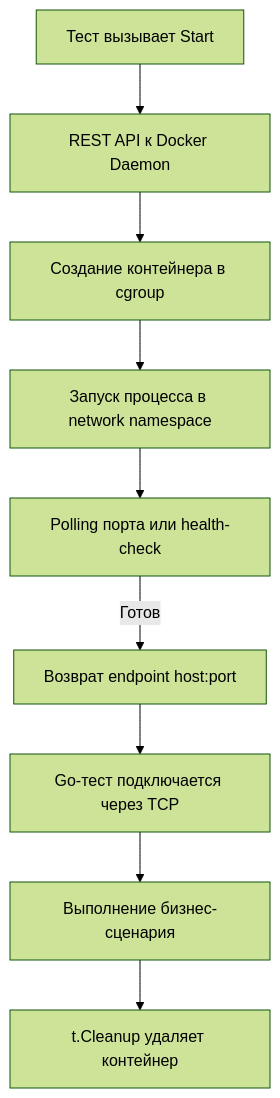
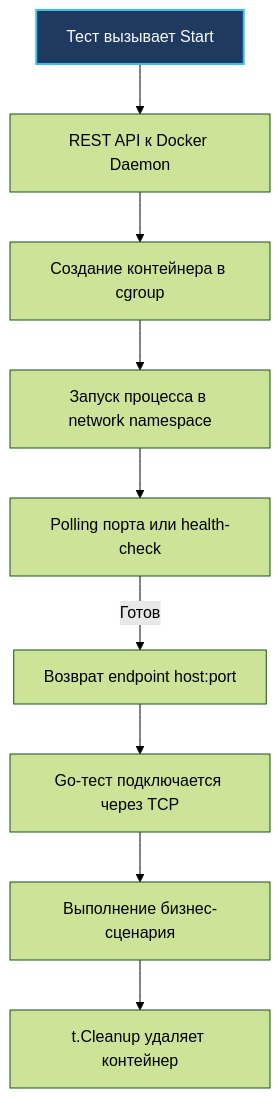
One commit to UnrealTemplier/go-textbook changed the diagram in sources/9. Бэкенд на Go (Практика разработки)/35. Интеграционные тесты.md. Above: the diagram before and after it, drawn with Mermaid (forest theme). The commit also changed 1666 other files, not shown here.

First line of the commit message:
feat(mermaid): add semantic color classDef to 1369 colorless flowchart/graph diagrams

````diff
--- a/sources/9. Бэкенд на Go (Практика разработки)/35. Интеграционные тесты.md
+++ b/sources/9. Бэкенд на Go (Практика разработки)/35. Интеграционные тесты.md
@@ -20,11 +20,21 @@
 ```mermaid
 flowchart TD
-    A["Тест вызывает Start"] --> B["REST API к Docker Daemon"]
+    classDef process  fill:#1e293b,stroke:#38bdf8,stroke-width:1px,color:#f8fafc
+    classDef success  fill:#064e3b,stroke:#34d399,stroke-width:1px,color:#f8fafc
+    classDef error    fill:#7f1d1d,stroke:#f87171,stroke-width:1px,color:#f8fafc
+    classDef warning  fill:#78350f,stroke:#fbbf24,stroke-width:1px,color:#f8fafc
+    classDef entry    fill:#1e3a5f,stroke:#38bdf8,stroke-width:2px,color:#f8fafc
+    classDef aux      fill:#334155,stroke:#64748b,stroke-width:1px,color:#f8fafc
+    classDef system   fill:#312e81,stroke:#a78bfa,stroke-width:1px,color:#f8fafc
+    classDef data     fill:#132d29,stroke:#2dd4bf,stroke-width:1px,color:#f8fafc
+    classDef network  fill:#881337,stroke:#fb7185,stroke-width:1px,color:#f8fafc
+    classDef accent   fill:#1e1b4b,stroke:#818cf8,stroke-width:1px,color:#f8fafc
+    A["Тест вызывает Start"]:::entry --> B["REST API к Docker Daemon"]
     B --> C["Создание контейнера в cgroup"]
     C --> D["Запуск процесса в network namespace"]
     D --> E["Polling порта или health-check"]
     E -->|"Готов"| F["Возврат endpoint host:port"]
     F --> G["Go-тест подключается через TCP"]
     G --> H["Выполнение бизнес-сценария"]
     H --> I["t.Cleanup удаляет контейнер"]
 ```
````
